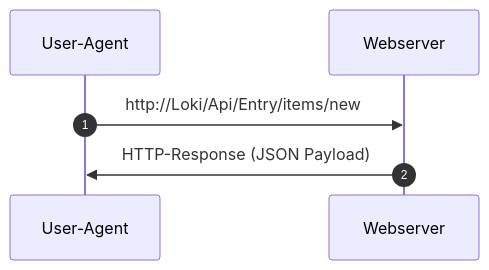
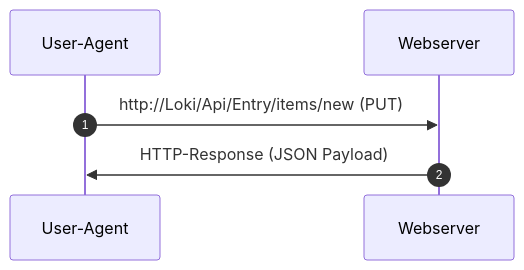
The diagram in net/higher_proto/http.md (nevsglueckauf/WhatsTheStory), drawn with Mermaid before and after one commit. The commit also changed other lines of this file and 3 other files, not shown here.

````diff
--- a/net/higher_proto/http.md
+++ b/net/higher_proto/http.md
@@ -12,7 +15,7 @@
 ```mermaid
 sequenceDiagram
 autonumber
-    User-Agent->>Webserver: http://Loki/Api/Entry/items/new 
+    User-Agent->>Webserver: http://Loki/Api/Entry/items/new (PUT)
     Webserver->>User-Agent: HTTP-Response (JSON Payload)
 
 ```
````
